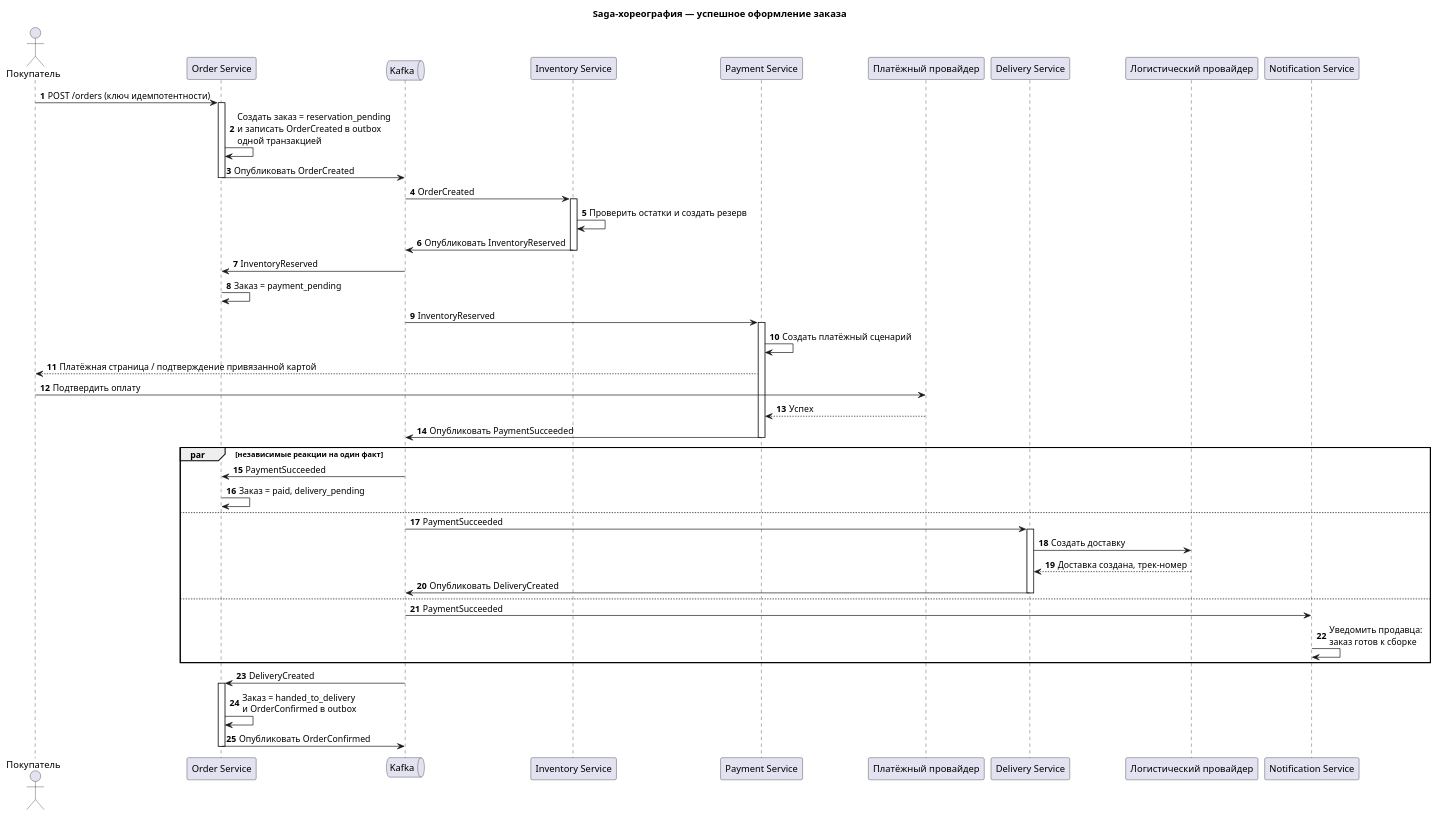
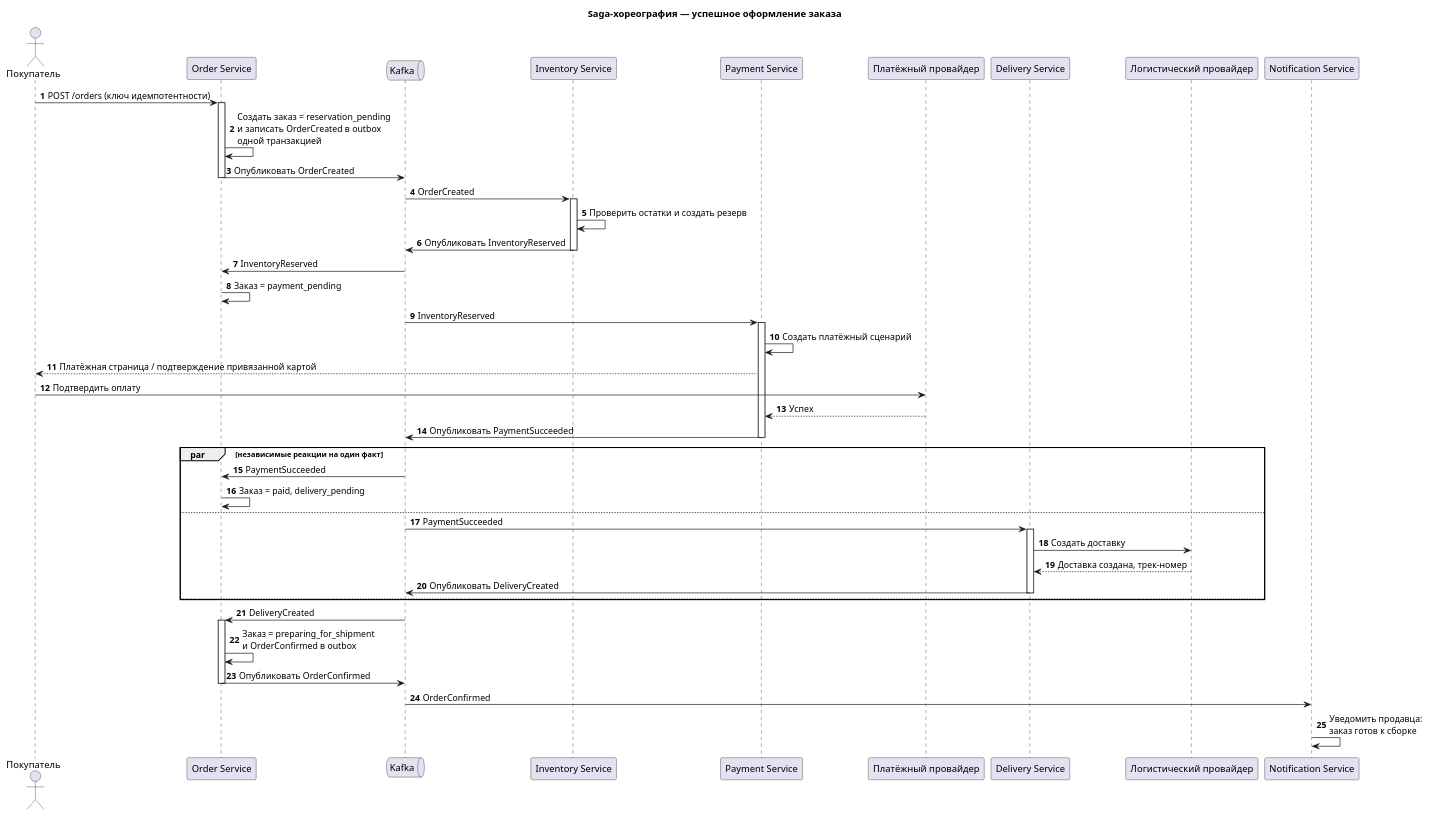
Before and after one commit to FFinn/MSA-3-NovaMarket-v1: the diagram in Task1/saga-success.puml, drawn with PlantUML.

Commit message:
Finalize Task1/saga-success.puml: align implementation with assignment requirements

```diff
--- a/Task1/saga-success.puml
+++ b/Task1/saga-success.puml
@@ -1,54 +1,54 @@
 @startuml
 title Saga-хореография — успешное оформление заказа
 autonumber
 actor "Покупатель" as B
 participant "Order Service" as O
 queue Kafka as K
 participant "Inventory Service" as I
 participant "Payment Service" as P
 participant "Платёжный провайдер" as PP
 participant "Delivery Service" as D
 participant "Логистический провайдер" as LP
 participant "Notification Service" as N
 
 B -> O: POST /orders (ключ идемпотентности)
 activate O
 O -> O: Создать заказ = reservation_pending\nи записать OrderCreated в outbox\nодной транзакцией
 O -> K: Опубликовать OrderCreated
 deactivate O
 K -> I: OrderCreated
 activate I
 I -> I: Проверить остатки и создать резерв
 I -> K: Опубликовать InventoryReserved
 deactivate I
 K -> O: InventoryReserved
 O -> O: Заказ = payment_pending
 K -> P: InventoryReserved
 activate P
 P -> P: Создать платёжный сценарий
 P --> B: Платёжная страница / подтверждение привязанной картой
 B -> PP: Подтвердить оплату
 PP --> P: Успех
 P -> K: Опубликовать PaymentSucceeded
 deactivate P
 
 par независимые реакции на один факт
   K -> O: PaymentSucceeded
   O -> O: Заказ = paid, delivery_pending
 else
   K -> D: PaymentSucceeded
   activate D
   D -> LP: Создать доставку
   LP --> D: Доставка создана, трек-номер
   D -> K: Опубликовать DeliveryCreated
   deactivate D
 else
-  K -> N: PaymentSucceeded
-  N -> N: Уведомить продавца:\nзаказ готов к сборке
 end
 K -> O: DeliveryCreated
 activate O
-O -> O: Заказ = handed_to_delivery\nи OrderConfirmed в outbox
+O -> O: Заказ = preparing_for_shipment\nи OrderConfirmed в outbox
 O -> K: Опубликовать OrderConfirmed
 deactivate O
+K -> N: OrderConfirmed
+N -> N: Уведомить продавца:\nзаказ готов к сборке
 @enduml
```
